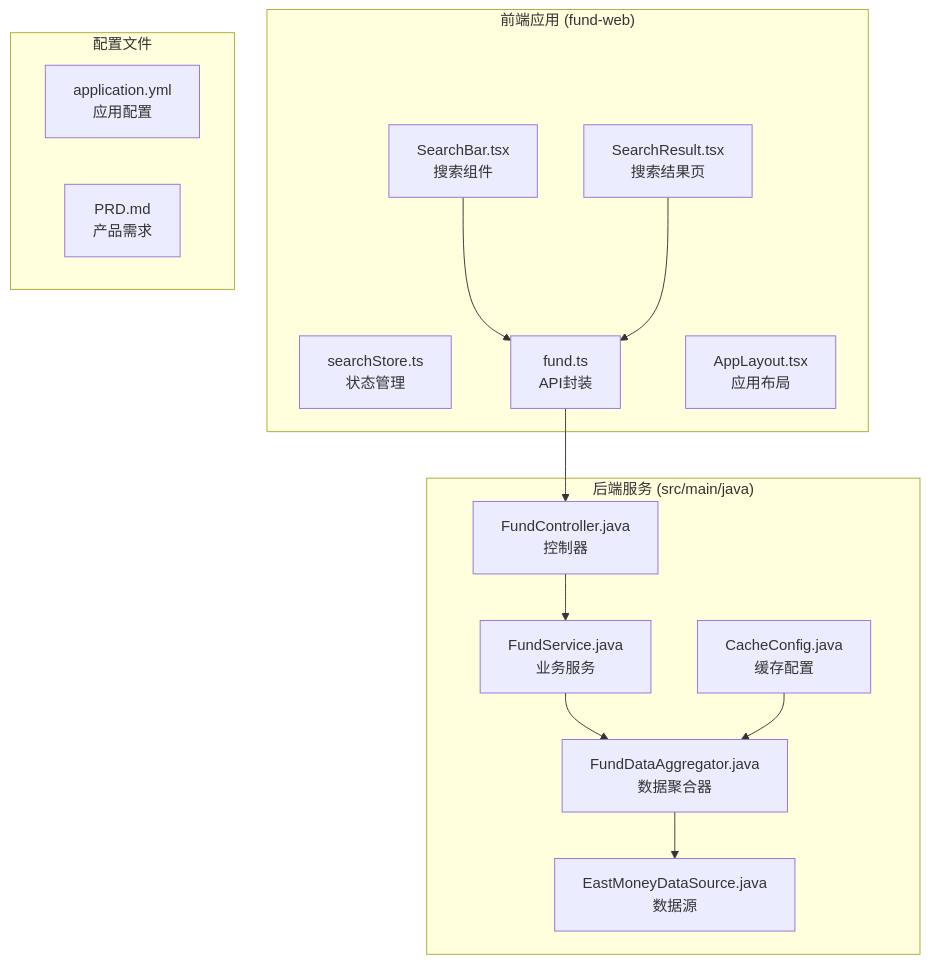
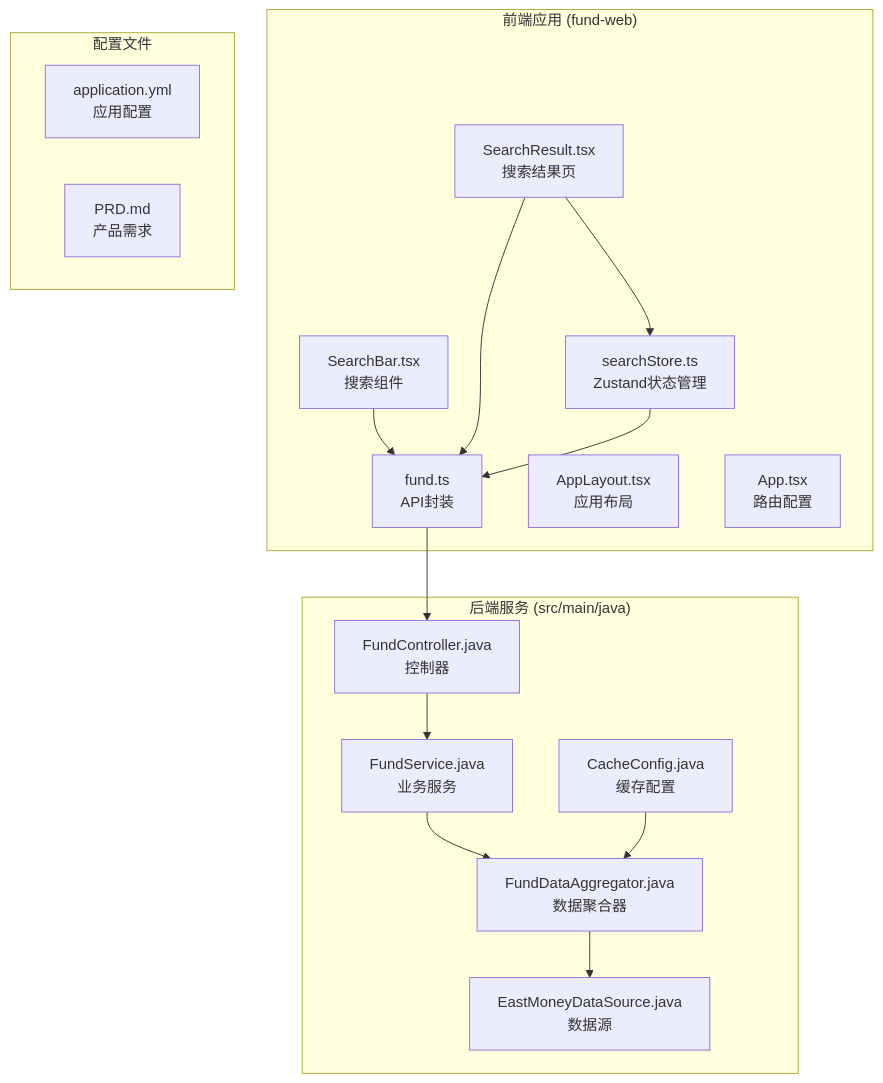
Before and after one commit to gree-coder/fund-butler: the first of 8 diagrams in .qoder/repowiki/zh/content/核心功能开发/搜索功能优化.md, drawn with Mermaid. The commit also changed other lines of this file and 11 other files, not shown here.

````diff
--- a/.qoder/repowiki/zh/content/核心功能开发/搜索功能优化.md
+++ b/.qoder/repowiki/zh/content/核心功能开发/搜索功能优化.md
@@ -42,28 +49,31 @@
 ```mermaid
 graph TB
 subgraph "前端应用 (fund-web)"
 A[SearchBar.tsx<br/>搜索组件]
 B[SearchResult.tsx<br/>搜索结果页]
-C[searchStore.ts<br/>状态管理]
+C[searchStore.ts<br/>Zustand状态管理]
 D[fund.ts<br/>API封装]
 E[AppLayout.tsx<br/>应用布局]
+F[App.tsx<br/>路由配置]
 end
 subgraph "后端服务 (src/main/java)"
-F[FundController.java<br/>控制器]
-G[FundService.java<br/>业务服务]
-H[FundDataAggregator.java<br/>数据聚合器]
-I[EastMoneyDataSource.java<br/>数据源]
-J[CacheConfig.java<br/>缓存配置]
+G[FundController.java<br/>控制器]
+H[FundService.java<br/>业务服务]
+I[FundDataAggregator.java<br/>数据聚合器]
+J[EastMoneyDataSource.java<br/>数据源]
+K[CacheConfig.java<br/>缓存配置]
 end
 subgraph "配置文件"
-K[application.yml<br/>应用配置]
-L[PRD.md<br/>产品需求]
+L[application.yml<br/>应用配置]
+M[PRD.md<br/>产品需求]
 end
 A --> D
 B --> D
-D --> F
-F --> G
+B --> C
+C --> D
+D --> G
 G --> H
 H --> I
-J --> H
+I --> J
+K --> I
 ```
````
